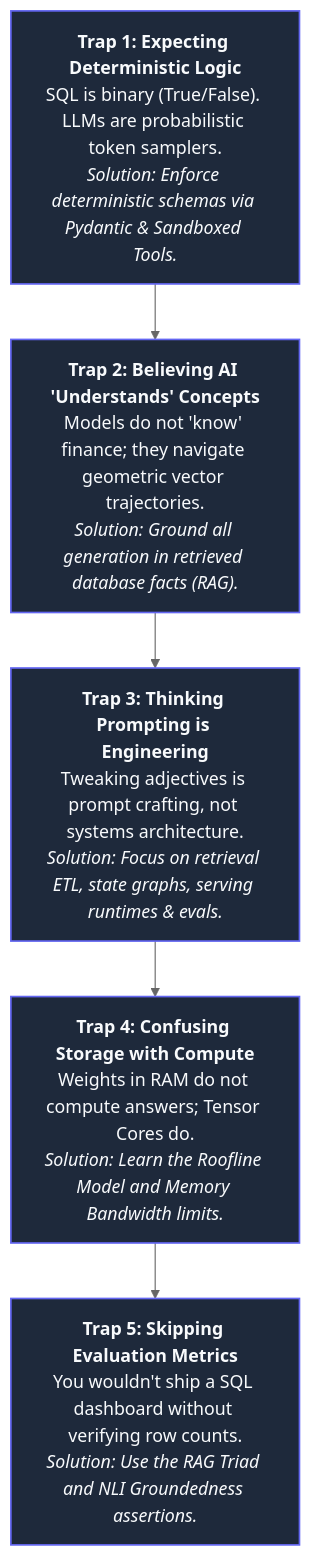
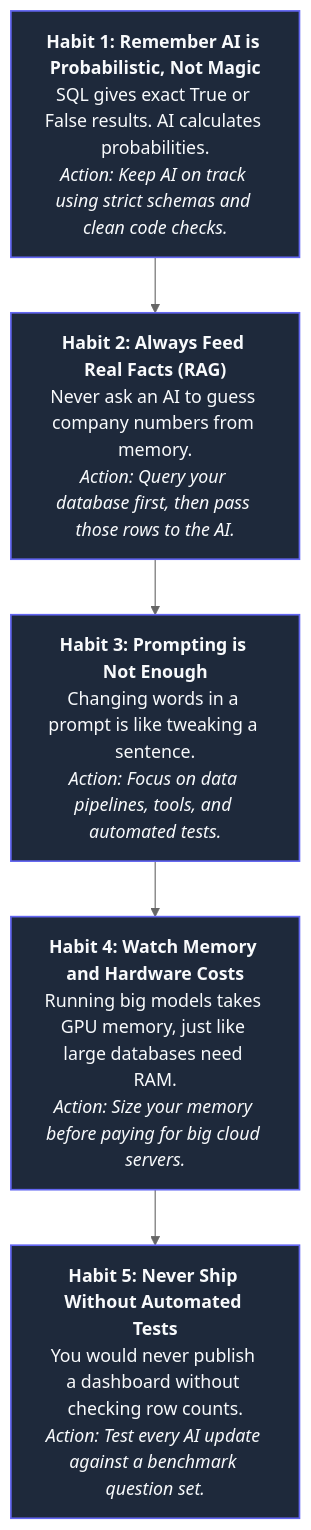
One commit to bidya271/ai-handbook changed the third of 4 diagrams in chapter_00_sql_to_ai_rosetta_stone.md. Above: the diagram before and after it, drawn with Mermaid (neutral theme). The commit also changed other lines of this file and 12 other files, not shown here.

````diff
--- a/chapter_00_sql_to_ai_rosetta_stone.md
+++ b/chapter_00_sql_to_ai_rosetta_stone.md
@@ -148,10 +165,10 @@
 ```mermaid
 flowchart TD
-    T1["<b>Trap 1: Expecting Deterministic Logic</b><br/>SQL is binary (True/False). LLMs are probabilistic token samplers.<br/><i>Solution: Enforce deterministic schemas via Pydantic & Sandboxed Tools.</i>"]
-    --> T2["<b>Trap 2: Believing AI 'Understands' Concepts</b><br/>Models do not 'know' finance; they navigate geometric vector trajectories.<br/><i>Solution: Ground all generation in retrieved database facts (RAG).</i>"]
-    --> T3["<b>Trap 3: Thinking Prompting is Engineering</b><br/>Tweaking adjectives is prompt crafting, not systems architecture.<br/><i>Solution: Focus on retrieval ETL, state graphs, serving runtimes & evals.</i>"]
-    --> T4["<b>Trap 4: Confusing Storage with Compute</b><br/>Weights in RAM do not compute answers; Tensor Cores do.<br/><i>Solution: Learn the Roofline Model and Memory Bandwidth limits.</i>"]
-    --> T5["<b>Trap 5: Skipping Evaluation Metrics</b><br/>You wouldn't ship a SQL dashboard without verifying row counts.<br/><i>Solution: Use the RAG Triad and NLI Groundedness assertions.</i>"]
+    T1["<b>Habit 1: Remember AI is Probabilistic, Not Magic</b><br/>SQL gives exact True or False results. AI calculates probabilities.<br/><i>Action: Keep AI on track using strict schemas and clean code checks.</i>"]
+    --> T2["<b>Habit 2: Always Feed Real Facts (RAG)</b><br/>Never ask an AI to guess company numbers from memory.<br/><i>Action: Query your database first, then pass those rows to the AI.</i>"]
+    --> T3["<b>Habit 3: Prompting is Not Enough</b><br/>Changing words in a prompt is like tweaking a sentence.<br/><i>Action: Focus on data pipelines, tools, and automated tests.</i>"]
+    --> T4["<b>Habit 4: Watch Memory and Hardware Costs</b><br/>Running big models takes GPU memory, just like large databases need RAM.<br/><i>Action: Size your memory before paying for big cloud servers.</i>"]
+    --> T5["<b>Habit 5: Never Ship Without Automated Tests</b><br/>You would never publish a dashboard without checking row counts.<br/><i>Action: Test every AI update against a benchmark question set.</i>"]
 
     classDef default fill:#1e293b,stroke:#6366f1,stroke-width:1.5px,color:#f8fafc;
 ```
````
